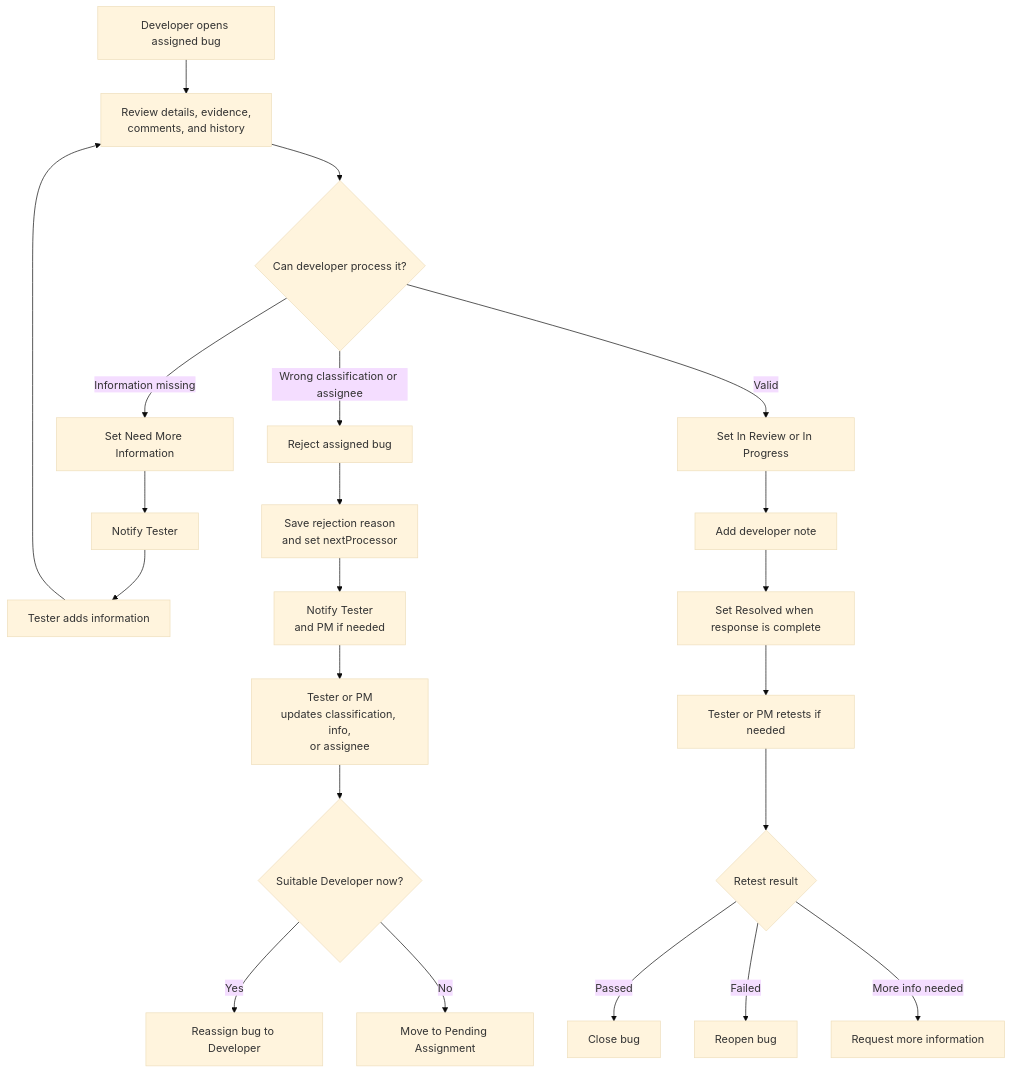
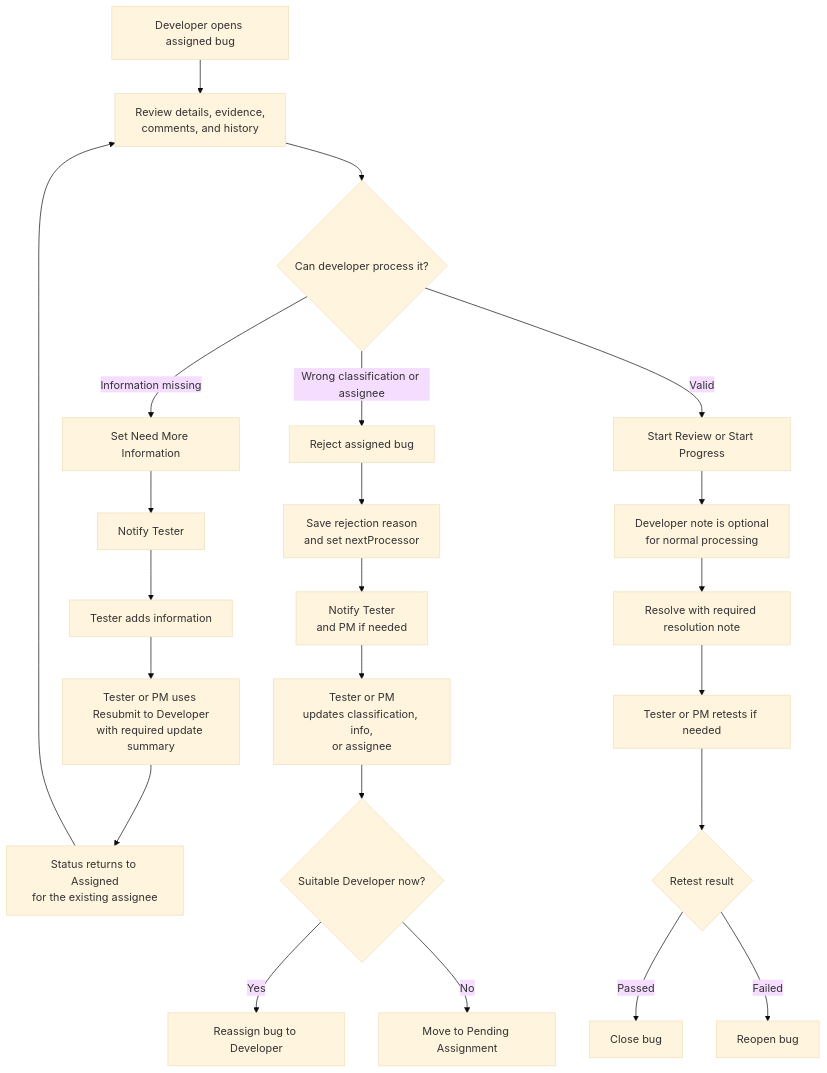
Before and after one commit to DarwinDO/IDTS-SAP01: the fourth of 4 diagrams in docs/diagrams/03-business-process-flows.md, drawn with Mermaid (base theme). The commit also changed other lines of this file and 124 other files, not shown here.

````diff
--- a/docs/diagrams/03-business-process-flows.md
+++ b/docs/diagrams/03-business-process-flows.md
@@ -118,26 +127,27 @@
 ```mermaid
 flowchart TD
     A["Developer opens assigned bug"] --> B["Review details, evidence,\ncomments, and history"]
     B --> C{"Can developer process it?"}
     C -->|"Information missing"| D["Set Need More Information"]
     D --> E["Notify Tester"]
     E --> F["Tester adds information"]
-    F --> B
+    F --> F2["Tester or PM uses Resubmit to Developer\nwith required update summary"]
+    F2 --> F3["Status returns to Assigned\nfor the existing assignee"]
+    F3 --> B
 
     C -->|"Wrong classification or assignee"| G["Reject assigned bug"]
     G --> H["Save rejection reason\nand set nextProcessor"]
     H --> I["Notify Tester\nand PM if needed"]
     I --> J["Tester or PM\nupdates classification, info,\nor assignee"]
     J --> K2{"Suitable Developer now?"}
     K2 -->|"Yes"| L2["Reassign bug to Developer"]
     K2 -->|"No"| M2["Move to Pending Assignment"]
 
-    C -->|"Valid"| K["Set In Review or In Progress"]
-    K --> L["Add developer note"]
-    L --> M["Set Resolved when response is complete"]
+    C -->|"Valid"| K["Start Review or Start Progress"]
+    K --> L["Developer note is optional\nfor normal processing"]
+    L --> M["Resolve with required resolution note"]
     M --> N["Tester or PM retests if needed"]
     N --> O{"Retest result"}
     O -->|"Passed"| P["Close bug"]
     O -->|"Failed"| Q["Reopen bug"]
-    O -->|"More info needed"| R["Request more information"]
 ```
````
